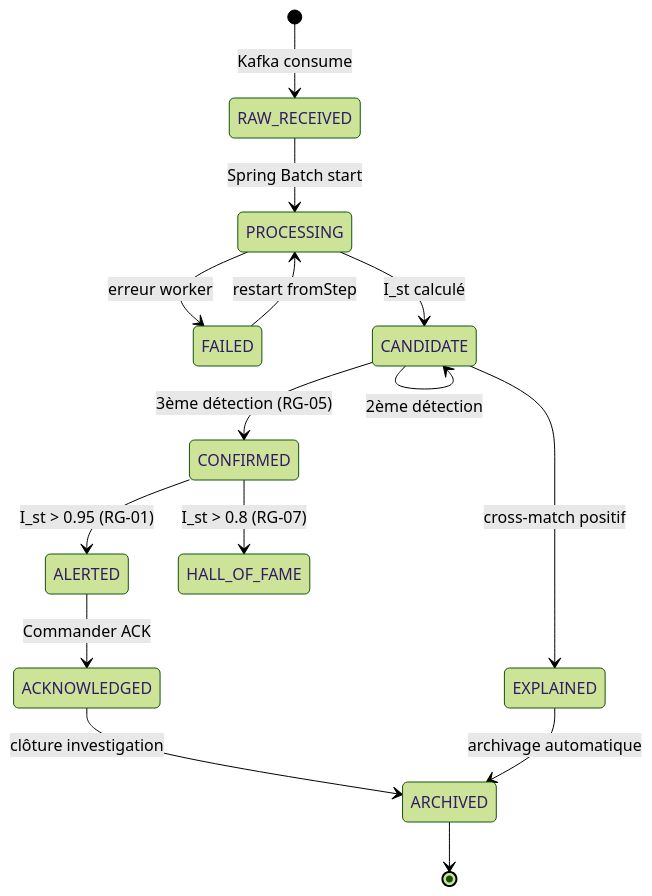
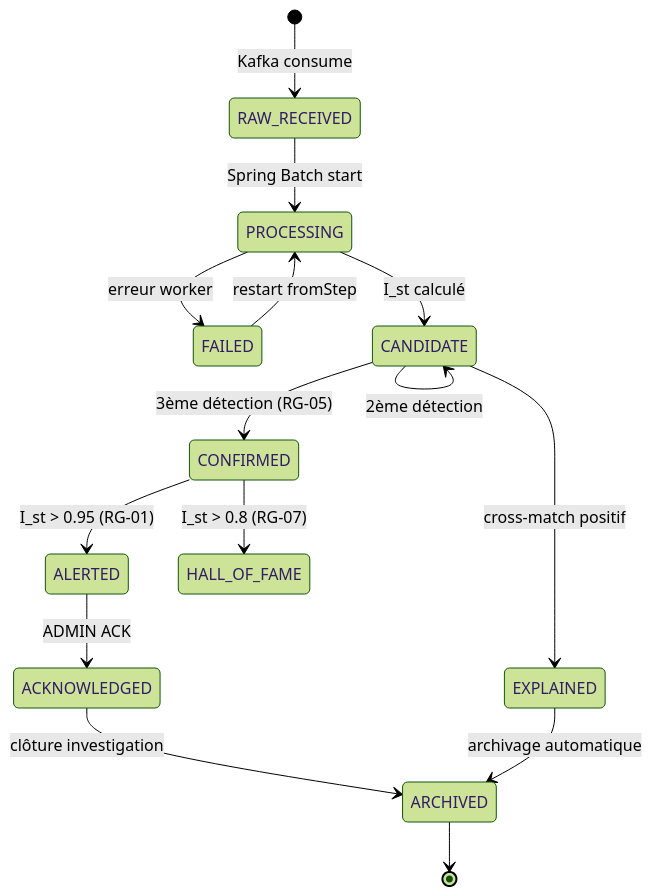
The third of 8 diagrams in docs/STARWAVE_DAT.md (jeanyvesruffin/STARWAVE), drawn with Mermaid (forest theme) before and after one commit. The commit also changed other lines of this file and 3 other files, not shown here.

````diff
--- a/docs/STARWAVE_DAT.md
+++ b/docs/STARWAVE_DAT.md
@@ -279,17 +279,17 @@
 ```mermaid
 stateDiagram-v2
     [*] --> RAW_RECEIVED : Kafka consume
     RAW_RECEIVED --> PROCESSING : Spring Batch start
     PROCESSING --> FAILED : erreur worker
     FAILED --> PROCESSING : restart fromStep
     PROCESSING --> CANDIDATE : I_st calculé
     CANDIDATE --> EXPLAINED : cross-match positif
     CANDIDATE --> CANDIDATE : 2ème détection
     CANDIDATE --> CONFIRMED : 3ème détection (RG-05)
     CONFIRMED --> ALERTED : I_st > 0.95 (RG-01)
     CONFIRMED --> HALL_OF_FAME : I_st > 0.8 (RG-07)
-    ALERTED --> ACKNOWLEDGED : Commander ACK
+    ALERTED --> ACKNOWLEDGED : ADMIN ACK
     ACKNOWLEDGED --> ARCHIVED : clôture investigation
     EXPLAINED --> ARCHIVED : archivage automatique
     ARCHIVED --> [*]
 ```
````
